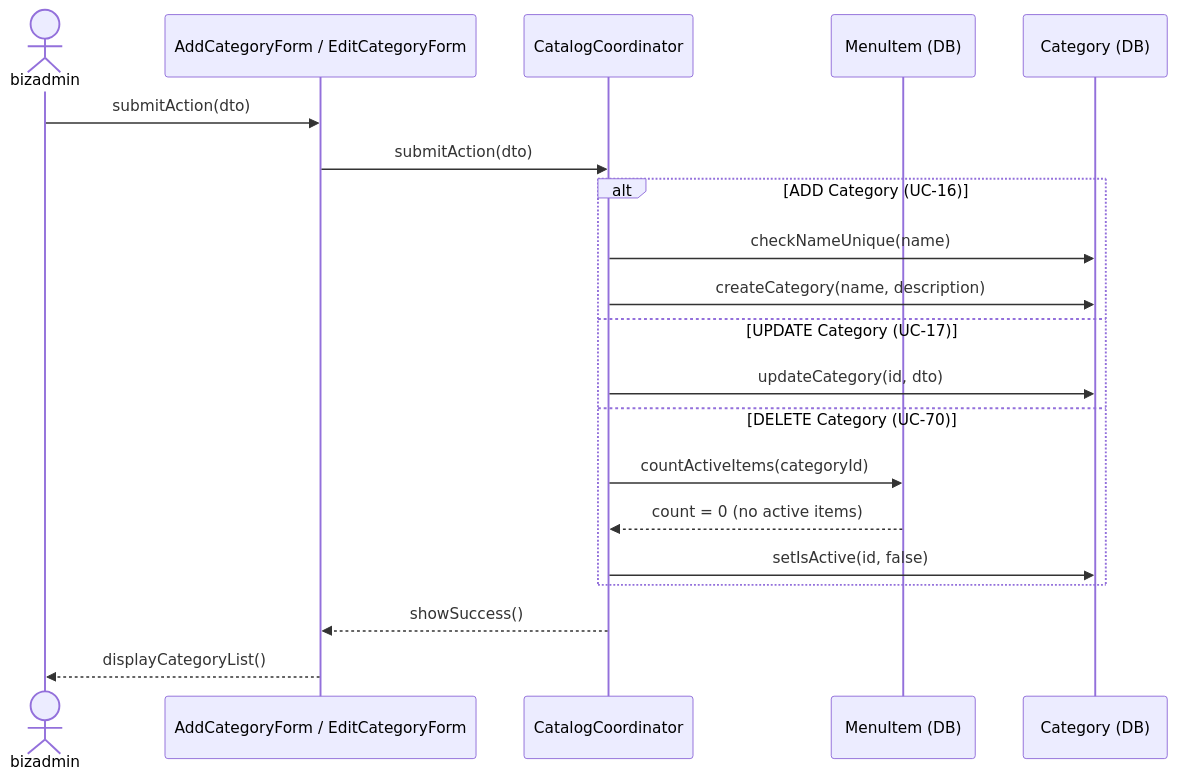
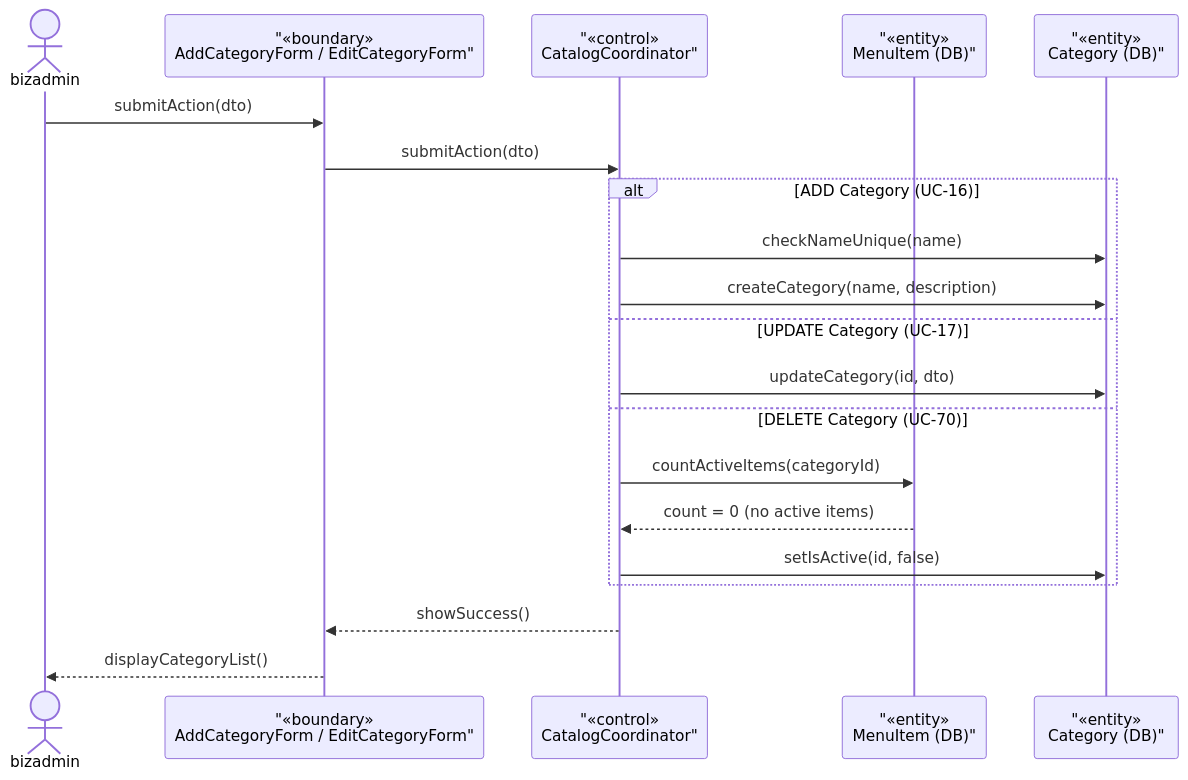
The fourth of 5 diagrams in rds_sections/06_detailed_3_3_menu_category.md (Shaichi/Khoga_coffe_shop), drawn with Mermaid before and after one commit. The commit also changed other lines of this file and 13 other files, not shown here.

````diff
--- a/rds_sections/06_detailed_3_3_menu_category.md
+++ b/rds_sections/06_detailed_3_3_menu_category.md
@@ -195,25 +195,25 @@
 ```mermaid
 sequenceDiagram
     actor bizadmin
-    participant CatForm as AddCategoryForm / EditCategoryForm
-    participant CatalogCoord as CatalogCoordinator
-    participant MenuDB as MenuItem (DB)
-    participant CatDB as Category (DB)
+participant CatForm as "«boundary»<br/>AddCategoryForm / EditCategoryForm"
+participant CatalogCoord as "«control»<br/>CatalogCoordinator"
+participant MenuDB as "«entity»<br/>MenuItem (DB)"
+participant CatDB as "«entity»<br/>Category (DB)"
 
     bizadmin->>CatForm: submitAction(dto)
     CatForm->>CatalogCoord: submitAction(dto)
 
     alt ADD Category (UC-16)
         CatalogCoord->>CatDB: checkNameUnique(name)
         CatalogCoord->>CatDB: createCategory(name, description)
     else UPDATE Category (UC-17)
         CatalogCoord->>CatDB: updateCategory(id, dto)
     else DELETE Category (UC-70)
         CatalogCoord->>MenuDB: countActiveItems(categoryId)
         MenuDB-->>CatalogCoord: count = 0 (no active items)
         CatalogCoord->>CatDB: setIsActive(id, false)
     end
 
     CatalogCoord-->>CatForm: showSuccess()
     CatForm-->>bizadmin: displayCategoryList()
 ```
````
